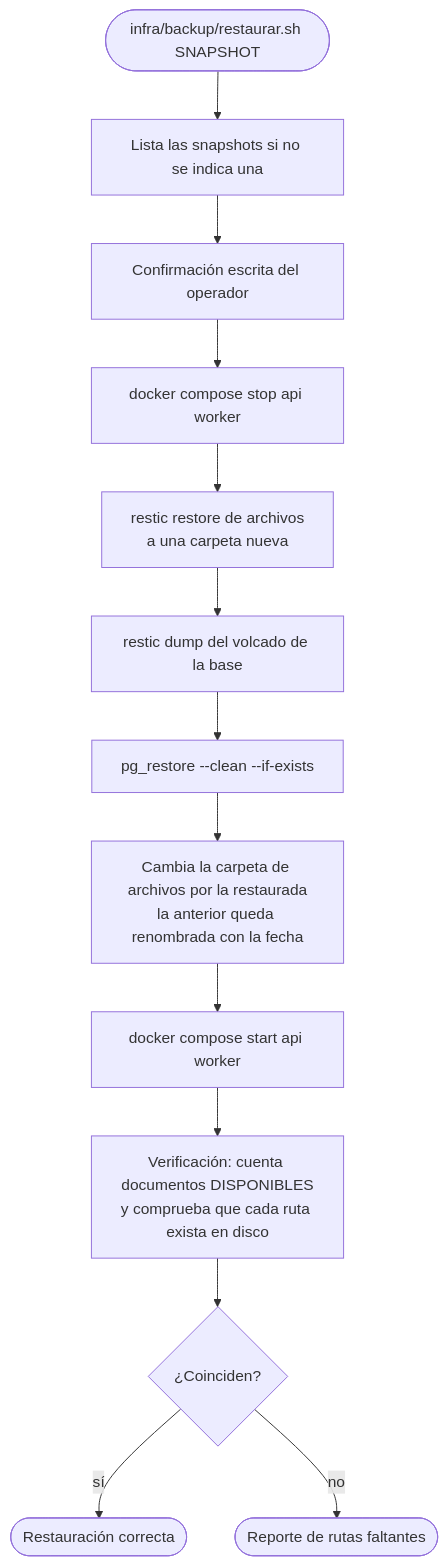
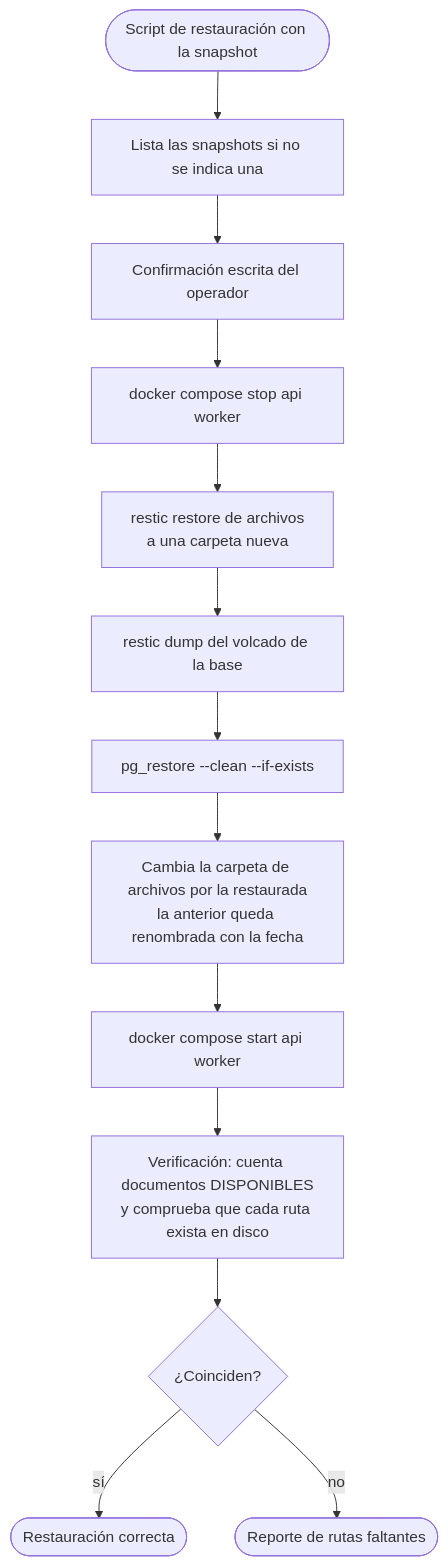
Diagram 20 of 21 in README.md (Jose27luis/legajo), drawn with Mermaid before and after one commit. The commit also changed other lines of this file, not shown here.

Commit message:
docs: quita la estructura del repositorio y las rutas del README

````diff
--- a/README.md
+++ b/README.md
@@ -1241,15 +1161,15 @@
 ```mermaid
 flowchart TD
-    A(["infra/backup/restaurar.sh SNAPSHOT"]) --> B["Lista las snapshots si no se indica una"]
+    A(["Script de restauración con la snapshot"]) --> B["Lista las snapshots si no se indica una"]
     B --> C["Confirmación escrita del operador"]
     C --> D["docker compose stop api worker"]
     D --> E["restic restore de archivos<br/>a una carpeta nueva"]
     E --> F["restic dump del volcado de la base"]
     F --> G["pg_restore --clean --if-exists"]
     G --> H["Cambia la carpeta de archivos por la restaurada<br/>la anterior queda renombrada con la fecha"]
     H --> I["docker compose start api worker"]
     I --> J["Verificación: cuenta documentos DISPONIBLES<br/>y comprueba que cada ruta exista en disco"]
     J --> K{"¿Coinciden?"}
     K -->|"sí"| L(["Restauración correcta"])
     K -->|"no"| M(["Reporte de rutas faltantes"])
 ```
````
